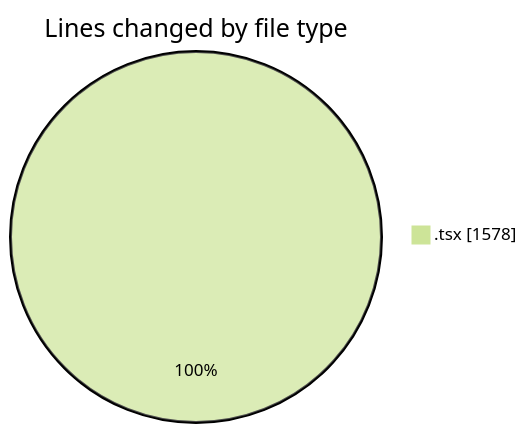
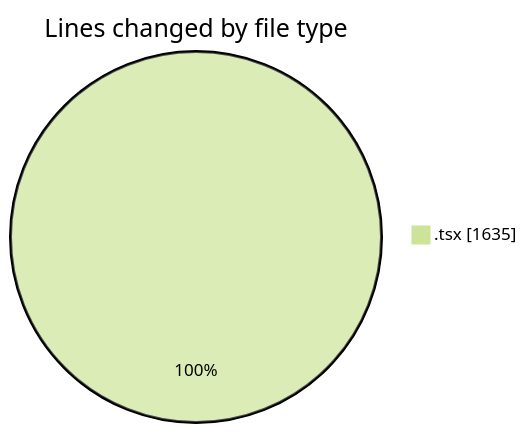
The first of 2 diagrams in 2025-10-03/cda/README.md (momahboobian/code-tracking), drawn with Mermaid (forest theme) before and after one commit. The commit also changed other lines of this file and 1 other file, not shown here.

````diff
--- a/2025-10-03/cda/README.md
+++ b/2025-10-03/cda/README.md
@@ -22,5 +23,5 @@
 ```mermaid
 pie showData
 title Lines changed by file type
-".tsx" : 1578
+".tsx" : 1635
 ```
````
